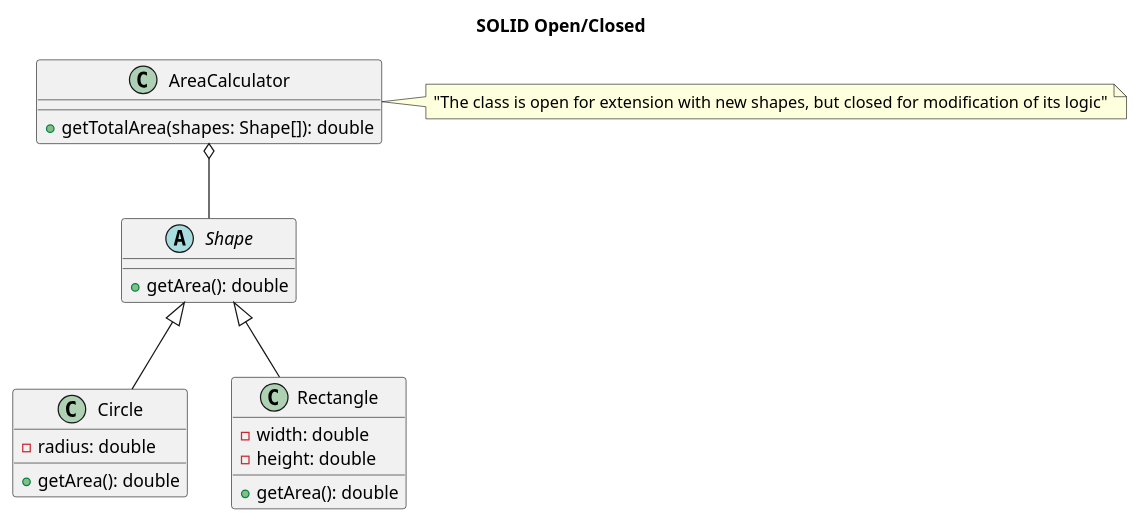
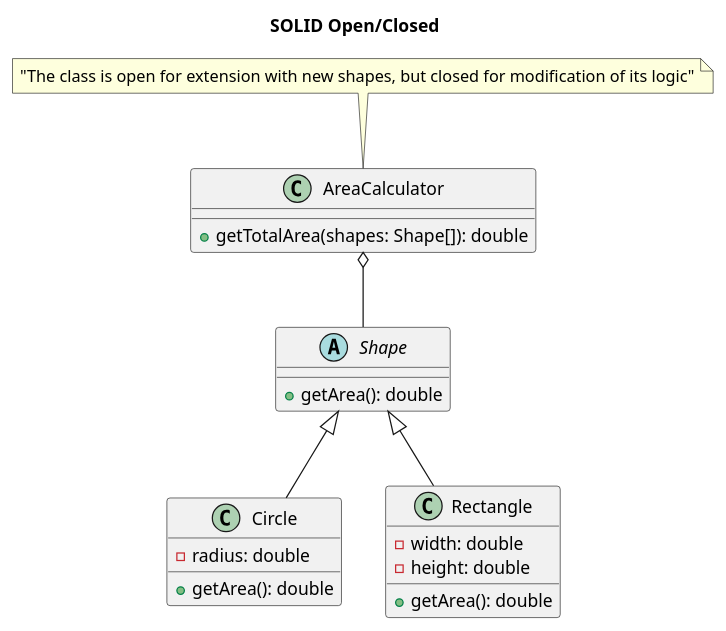
Before and after one commit to FedorIzvekov/uml: the diagram in uml/Solid/OpenClosed.puml, drawn with PlantUML. The commit also changed 3 other files, not shown here.

Commit message:
ref uml schemas SOLID

```diff
--- a/uml/Solid/OpenClosed.puml
+++ b/uml/Solid/OpenClosed.puml
@@ -1,33 +1,30 @@
 @startuml
 
 title SOLID Open/Closed
 
 abstract class Shape {
   +getArea(): double
 }
 
-class Circle {
+class Circle extends Shape{
   -radius: double
   +getArea(): double
 }
 
-class Rectangle {
+class Rectangle extends Shape{
   -width: double
   -height: double
   +getArea(): double
 }
 
 class AreaCalculator {
   +getTotalArea(shapes: Shape[]): double
 }
 
-Shape <|-- Circle
-Shape <|-- Rectangle
-
 AreaCalculator o-- Shape
 
-note right of AreaCalculator
+note top of AreaCalculator
   "The class is open for extension with new shapes, but closed for modification of its logic"
 end note
 
 @enduml
```
